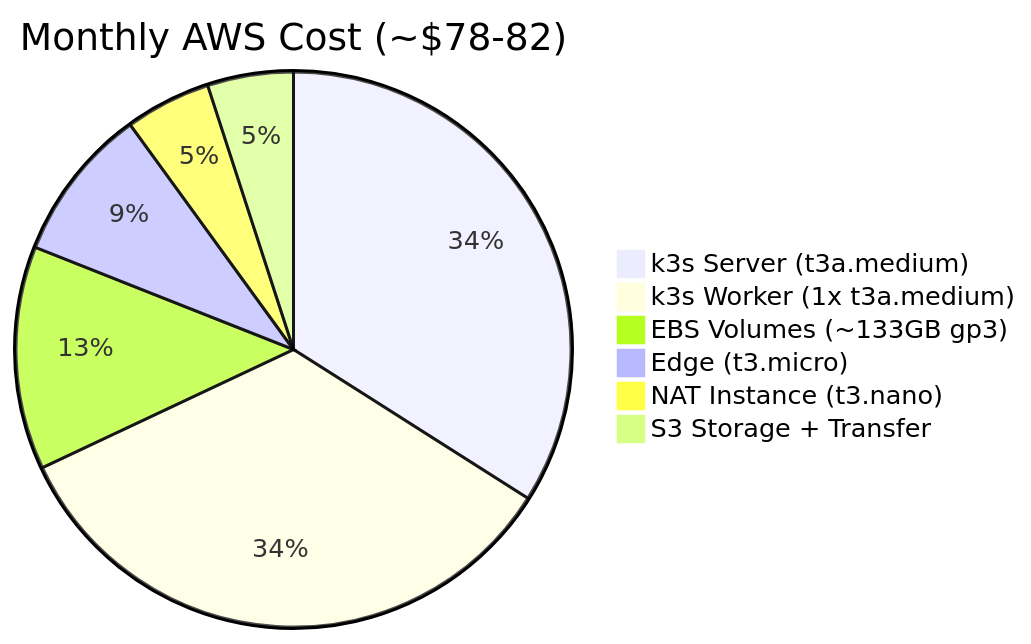
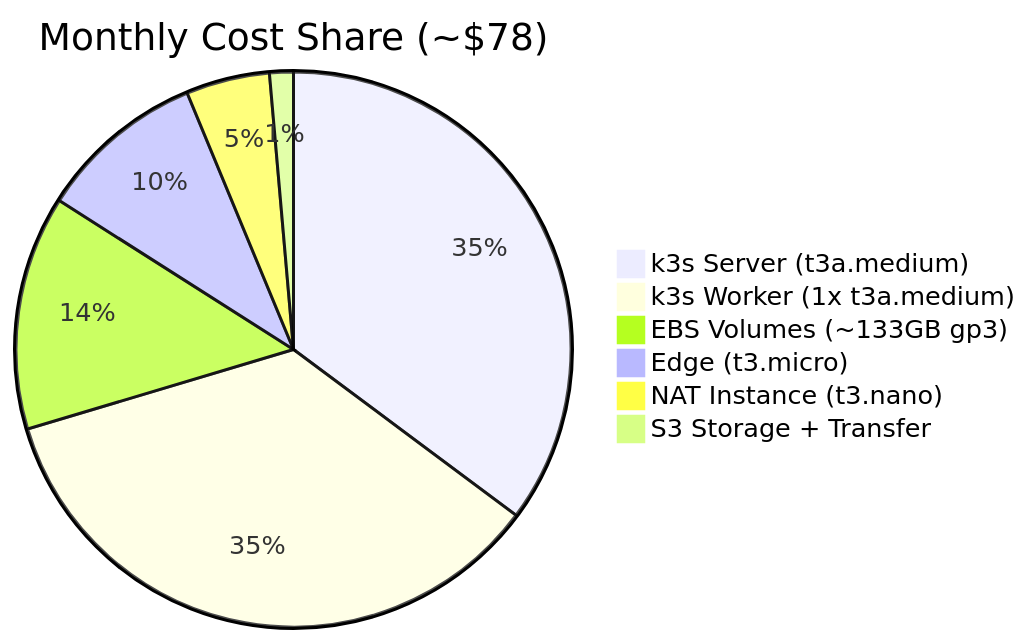
Before and after one commit to ClementV78/CloudRadar: diagram 24 of 28 in docs/architecture/technical-architecture-document.md, drawn with Mermaid. The commit also changed other lines of this file and 1 other file, not shown here.

First line of the commit message:
docs(architecture): align technical architecture docs

````diff
--- a/docs/architecture/technical-architecture-document.md
+++ b/docs/architecture/technical-architecture-document.md
@@ -773,9 +804,9 @@
 ```mermaid
-pie title Monthly AWS Cost (~$78-82)
-    "k3s Server (t3a.medium)" : 34
-    "k3s Worker (1x t3a.medium)" : 34
-    "EBS Volumes (~133GB gp3)" : 13
-    "Edge (t3.micro)" : 9
-    "NAT Instance (t3.nano)" : 5
-    "S3 Storage + Transfer" : 5
+    pie title Monthly Cost Share (~$78)
+    "k3s Server (t3a.medium)" : 27.45
+    "k3s Worker (1x t3a.medium)" : 27.45
+    "EBS Volumes (~133GB gp3)" : 10.64
+    "Edge (t3.micro)" : 7.59
+    "NAT Instance (t3.nano)" : 3.80
+    "S3 Storage + Transfer" : 1.08
 ```
````
